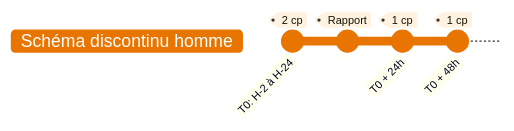
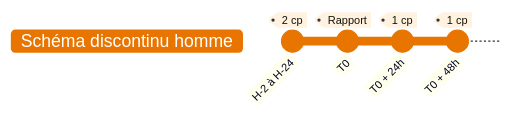
The third of 3 diagrams in content/recommandations/prophylaxie-preexposition-prep.md (djibe/recommandations-medicales), drawn with Mermaid before and after one commit. The commit also changed other lines of this file and 40 other files, not shown here.

```diff
--- a/content/recommandations/prophylaxie-preexposition-prep.md
+++ b/content/recommandations/prophylaxie-preexposition-prep.md
@@ -300,8 +300,8 @@
 {{< mermaid title="Utilisation de la PrEP en schéma discontinu (hors AMM et hors VHB actif). Dr JB Fron d'après HAS 2021" >}}
 %%{init: { 'gitGraph': { 'mainBranchName': 'Schéma discontinu homme' }, 'themeVariables': { 'git0' : '#e87500', 'tagLabelBackground': '#FFF2E1', 'tagLabelBorder': '#fff' }}}%%
 gitGraph
-  commit id: "T0: H-2 à H-24" tag: "2 cp"
-  commit id: " " tag: "Rapport"
+  commit id: "H-2 à H-24" tag: "2 cp"
+  commit id: "T0" tag: "Rapport"
   commit id: "T0 + 24h" tag: "1 cp"
   commit id: "T0 + 48h" tag: "1 cp"
 {{< /mermaid >}}
```
